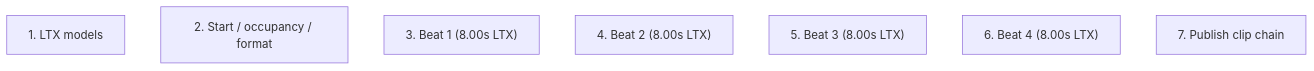
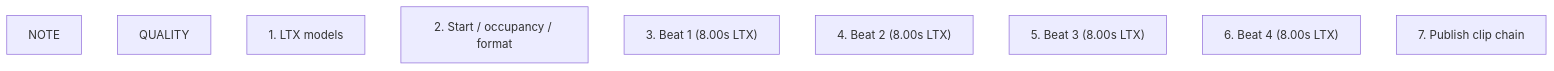
Before and after one commit to toxicoder/ez-comfy-stack: the diagram in docs/generated/workflows/motion/av/clip-chain.md, drawn with Mermaid. The commit also changed other lines of this file and 1088 other files, not shown here.

````diff
--- a/docs/generated/workflows/motion/av/clip-chain.md
+++ b/docs/generated/workflows/motion/av/clip-chain.md
@@ -71,10 +71,12 @@
 ```mermaid
 flowchart TB
+  GNOTE["NOTE"]
+  GQUALITY["QUALITY"]
   G1__LTX_models["1. LTX models"]
   G2__Start___occupancy___format["2. Start / occupancy / format"]
   G3__Beat_1__8_00s_LTX_["3. Beat 1 (8.00s LTX)"]
   G4__Beat_2__8_00s_LTX_["4. Beat 2 (8.00s LTX)"]
   G5__Beat_3__8_00s_LTX_["5. Beat 3 (8.00s LTX)"]
   G6__Beat_4__8_00s_LTX_["6. Beat 4 (8.00s LTX)"]
   G7__Publish_clip_chain["7. Publish clip chain"]
 ```
````
